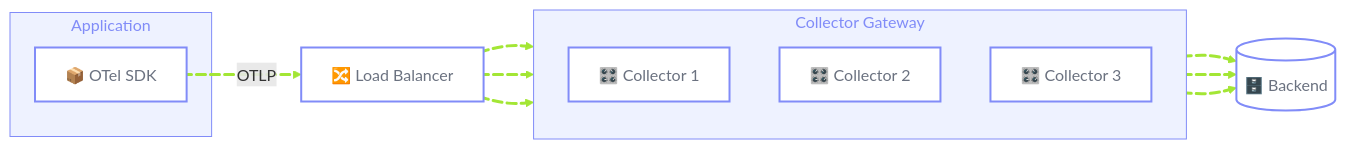
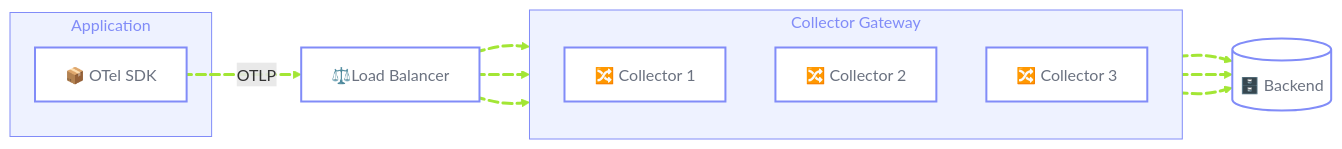
The third of 4 diagrams in content/en/docs/guidance/blueprints/centralized-platforms.md (open-telemetry/opentelemetry.io), drawn with Mermaid before and after one commit. The commit also changed other lines of this file, not shown here.

````diff
--- a/content/en/docs/guidance/blueprints/centralized-platforms.md
+++ b/content/en/docs/guidance/blueprints/centralized-platforms.md
@@ -436,45 +436,45 @@
 ```mermaid
 ---
 config:
   flowchart:
     curve: basis
 ---
 flowchart LR
     subgraph App["Application"]
         SDK["📦 OTel SDK"]:::node
     end
 
-    LB["🔀 Load Balancer"]:::node
+    LB["⚖️Load Balancer"]:::node
 
     subgraph OTelCol["Collector Gateway"]
         direction TB
-        C1["🎛️ Collector 1"]:::node
-        C2["🎛️ Collector 2"]:::node
-        C3["🎛️ Collector 3"]:::node
+        C1["🔀 Collector 1"]:::node
+        C2["🔀 Collector 2"]:::node
+        C3["🔀 Collector 3"]:::node
     end
 
     Backend[("🗄️ Backend")]:::node
 
     SDK L_SDK_LB@-- "OTLP" --> LB
 
     LB L_LB_C1@--> C1
     LB L_LB_C2@--> C2
     LB L_LB_C3@--> C3
 
     C1 L_C1_Backend@--> Backend
     C2 L_C2_Backend@--> Backend
     C3 L_C3_Backend@--> Backend
 
     classDef node fill:#ffffff, stroke:#818cf8, stroke-width:2px, color:#6b7280
     style App fill:#eef2ff, stroke:#818cf8, stroke-width:1px, color:#818cf8
     style OTelCol fill:#eef2ff, stroke:#818cf8, stroke-width:1px, color:#818cf8
     linkStyle 0,1,2,3,4,5,6 stroke:#a3e635, fill:none, stroke-width:3px
 
     L_SDK_LB@{ animation: fast }
     L_LB_C1@{ animation: fast }
     L_LB_C2@{ animation: fast }
     L_LB_C3@{ animation: fast }
     L_C1_Backend@{ animation: fast }
     L_C2_Backend@{ animation: fast }
     L_C3_Backend@{ animation: fast }
 ```
````
